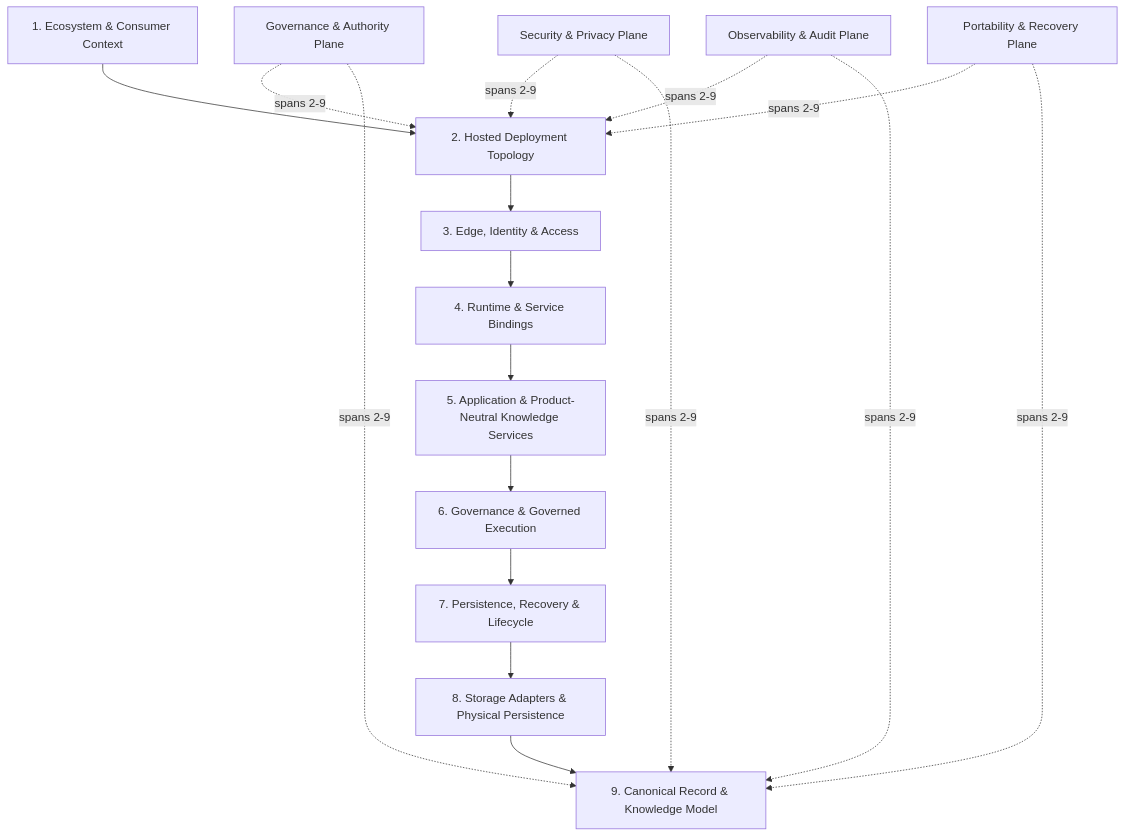
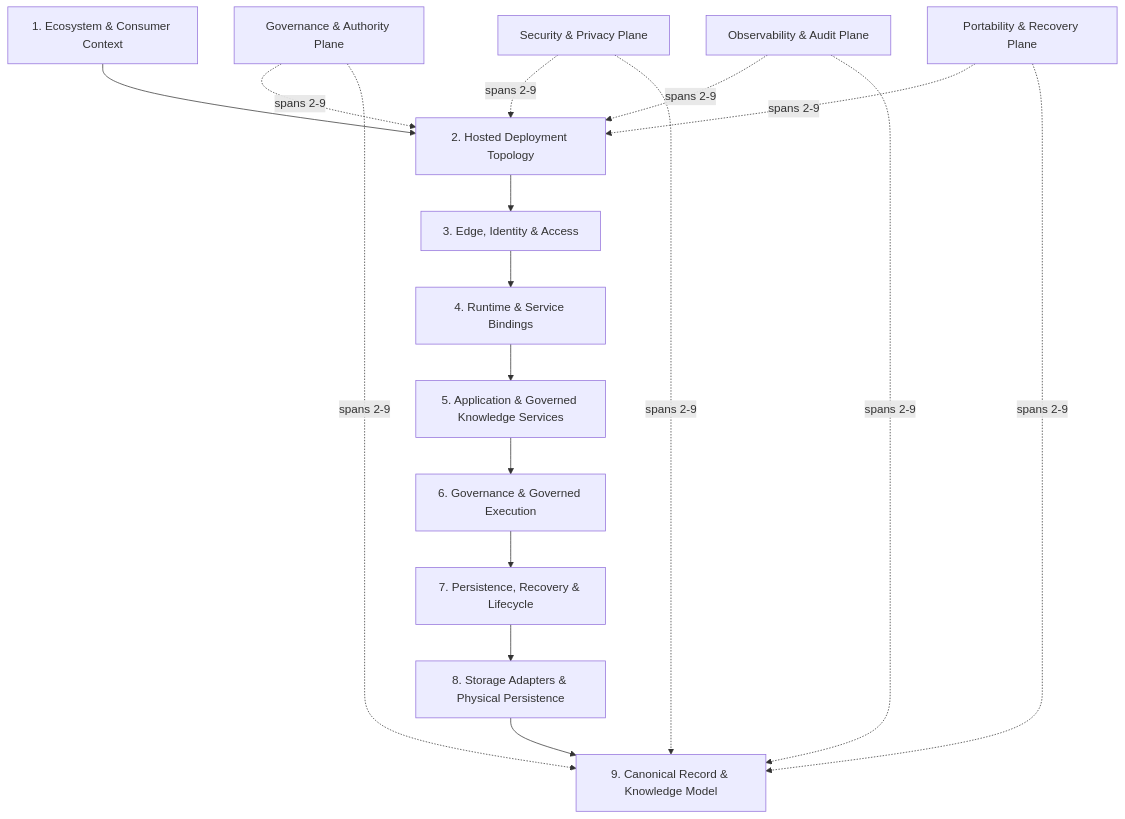
Before and after one commit to nelsonbridge/project-enki: the diagram in architecture/enki/enki-canonical-nine-layer-architecture.md, drawn with Mermaid. The commit also changed other lines of this file and 6 other files, not shown here.

````diff
--- a/architecture/enki/enki-canonical-nine-layer-architecture.md
+++ b/architecture/enki/enki-canonical-nine-layer-architecture.md
@@ -25,28 +27,28 @@
 ```mermaid
 flowchart TB
   L1[1. Ecosystem & Consumer Context]
   L2[2. Hosted Deployment Topology]
   L3[3. Edge, Identity & Access]
   L4[4. Runtime & Service Bindings]
-  L5[5. Application & Product-Neutral Knowledge Services]
+  L5[5. Application & Governed Knowledge Services]
   L6[6. Governance & Governed Execution]
   L7[7. Persistence, Recovery & Lifecycle]
   L8[8. Storage Adapters & Physical Persistence]
   L9[9. Canonical Record & Knowledge Model]
 
   L1 --> L2 --> L3 --> L4 --> L5 --> L6 --> L7 --> L8 --> L9
 
   GOV[Governance & Authority Plane]
   SEC[Security & Privacy Plane]
   OBS[Observability & Audit Plane]
   PORT[Portability & Recovery Plane]
 
   GOV -. spans 2-9 .-> L2
   GOV -. spans 2-9 .-> L9
   SEC -. spans 2-9 .-> L2
   SEC -. spans 2-9 .-> L9
   OBS -. spans 2-9 .-> L2
   OBS -. spans 2-9 .-> L9
   PORT -. spans 2-9 .-> L2
   PORT -. spans 2-9 .-> L9
 ```
````
